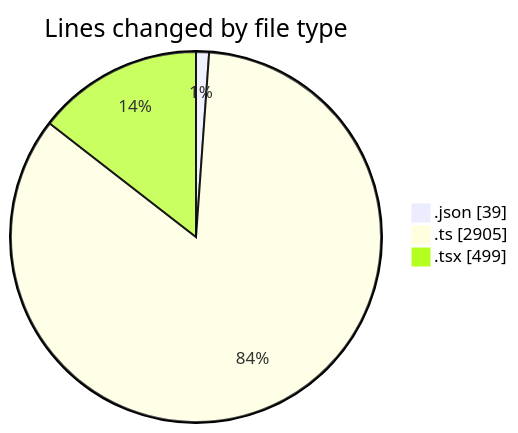
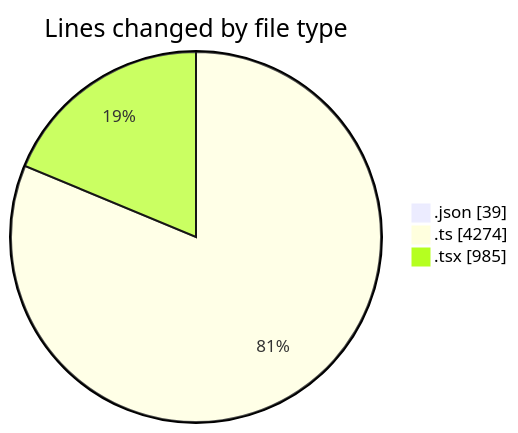
Before and after one commit to lephambinh05/code-tracking: the first of 2 diagrams in 2025-09-13/napxuvn/README.md, drawn with Mermaid. The commit also changed other lines of this file and 1 other file, not shown here.

````diff
--- a/2025-09-13/napxuvn/README.md
+++ b/2025-09-13/napxuvn/README.md
@@ -35,7 +40,7 @@
 ```mermaid
 pie showData
 title Lines changed by file type
 ".json" : 39
-".ts" : 2905
-".tsx" : 499
+".ts" : 4274
+".tsx" : 985
 ```
````
